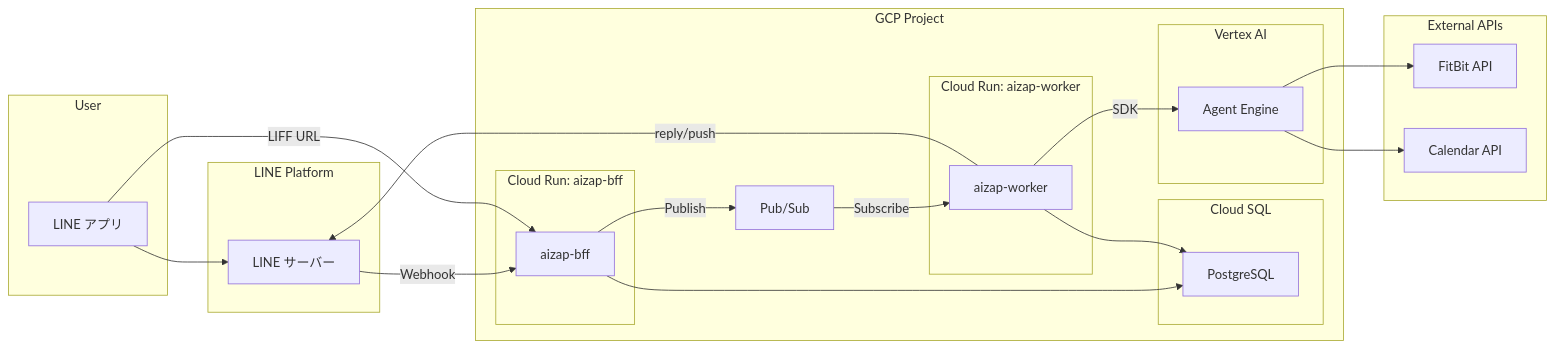
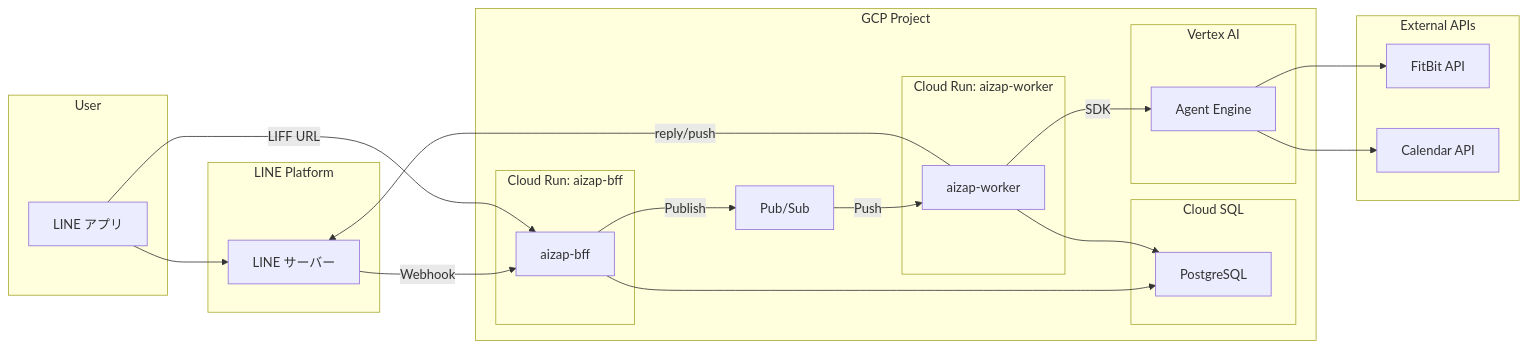
One commit to heyhey1028/aizap changed the diagram in docs/architecture.md. Above: the diagram before and after it, drawn with Mermaid. The commit also changed other lines of this file, not shown here.

````diff
--- a/docs/architecture.md
+++ b/docs/architecture.md
@@ -10,54 +10,54 @@
 ```mermaid
 flowchart LR
     subgraph User["User"]
         LINEApp["LINE アプリ"]
     end
 
     subgraph LINE["LINE Platform"]
         LINEServer["LINE サーバー"]
     end
 
     subgraph GCP["GCP Project"]
         subgraph CloudRunBFF["Cloud Run: aizap-bff"]
             BFF["aizap-bff"]
         end
 
         subgraph CloudRunWorker["Cloud Run: aizap-worker"]
             Worker["aizap-worker"]
         end
 
         PubSub["Pub/Sub"]
 
         subgraph CloudSQL["Cloud SQL"]
             PostgreSQL["PostgreSQL"]
         end
 
         subgraph VertexAI["Vertex AI"]
             AgentEngine["Agent Engine"]
         end
     end
 
     subgraph External["External APIs"]
         FitBit["FitBit API"]
         Calendar["Calendar API"]
     end
 
     %% Webhook flow (async)
     LINEApp --> LINEServer
     LINEServer -->|"Webhook"| BFF
     BFF -->|"Publish"| PubSub
-    PubSub -->|"Subscribe"| Worker
+    PubSub -->|"Push"| Worker
     Worker -->|"SDK"| AgentEngine
     Worker -->|"reply/push"| LINEServer
 
     %% LIFF flow (sync)
     LINEApp -->|"LIFF URL"| BFF
 
     %% Database connections
     BFF --> PostgreSQL
     Worker --> PostgreSQL
 
     %% Agent Engine dependencies
     AgentEngine --> FitBit
     AgentEngine --> Calendar
 ```
````
